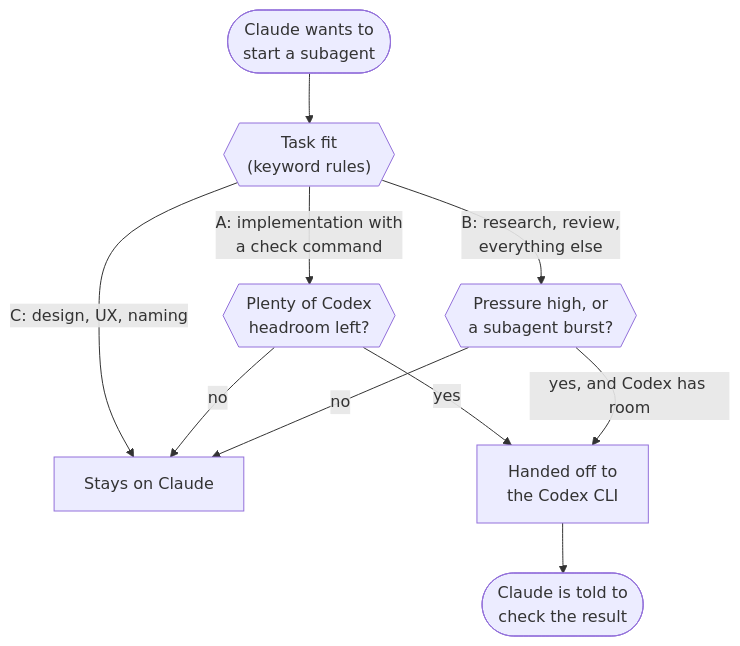
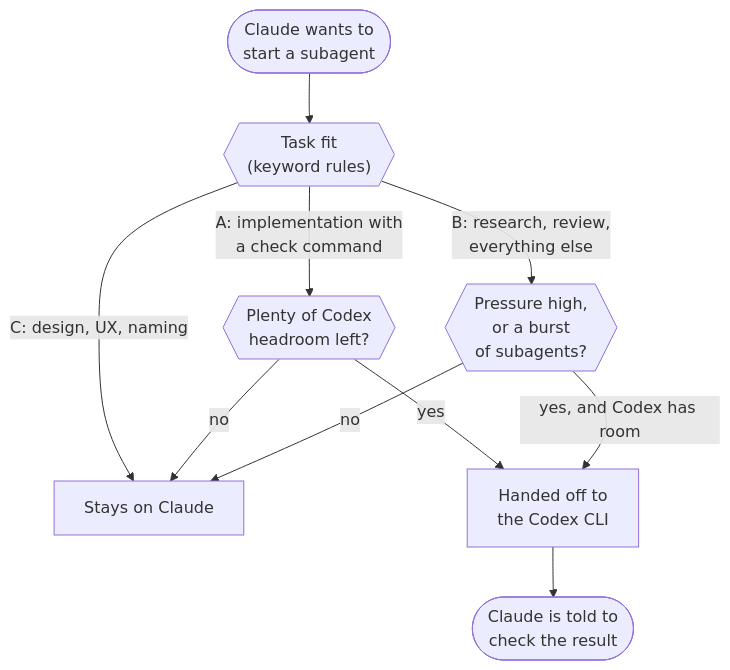
One commit to yaokaiy/agent-crossfeed changed the diagram in README.md. Above: the diagram before and after it, drawn with Mermaid.

Commit message:
docs: break one more diagram label by hand

````diff
--- a/README.md
+++ b/README.md
@@ -23,12 +23,12 @@
 ```mermaid
 flowchart TD
     S(["Claude wants to<br/>start a subagent"]) --> F{{"Task fit<br/>(keyword rules)"}}
     F -- "C: design, UX, naming" --> CL["Stays on Claude"]
     F -- "A: implementation with<br/>a check command" --> H{{"Plenty of Codex<br/>headroom left?"}}
-    F -- "B: research, review,<br/>everything else" --> P{{"Pressure high, or<br/>a subagent burst?"}}
+    F -- "B: research, review,<br/>everything else" --> P{{"Pressure high,<br/>or a burst<br/>of subagents?"}}
     H -- "yes" --> CX["Handed off to<br/>the Codex CLI"]
     H -- "no" --> CL
     P -- "yes, and Codex has room" --> CX
     P -- "no" --> CL
     CX --> R(["Claude is told to<br/>check the result"])
 ```
````
